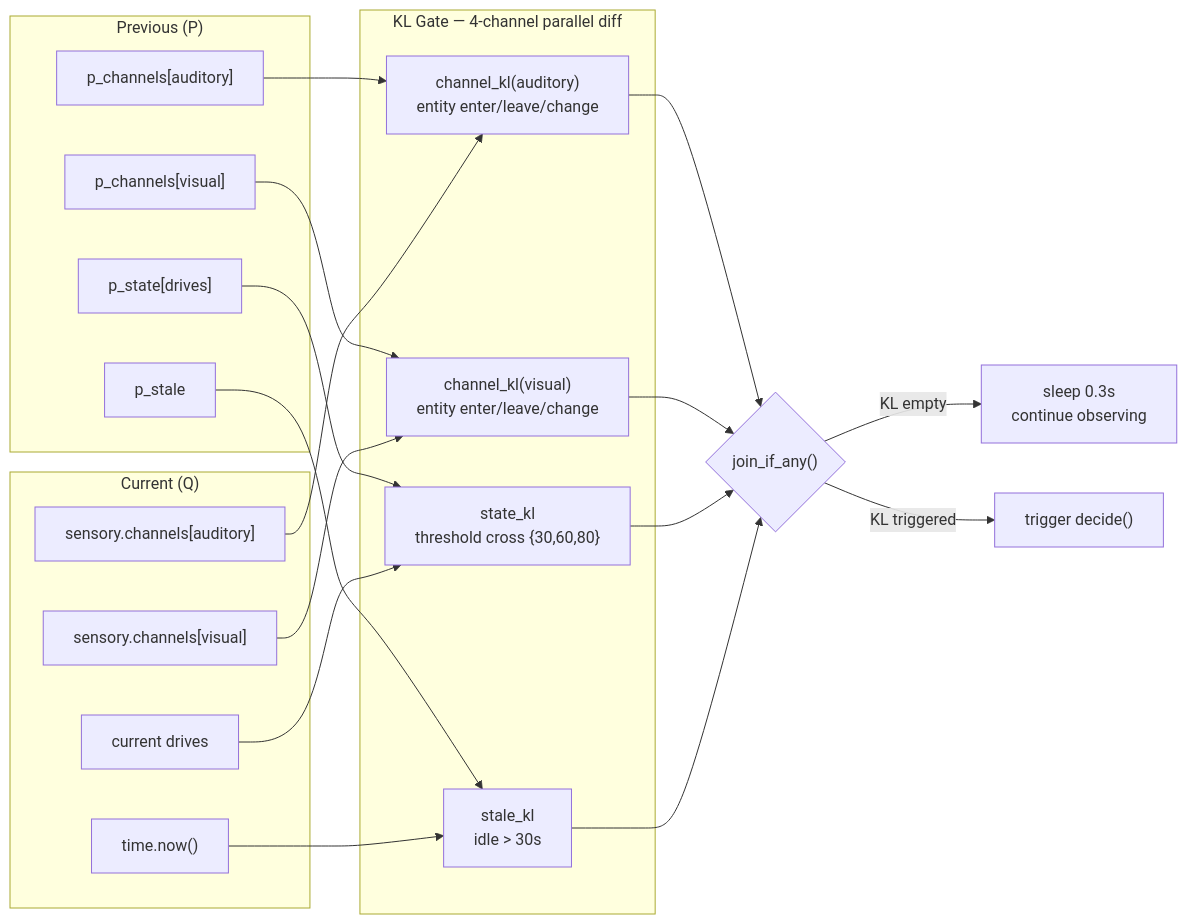
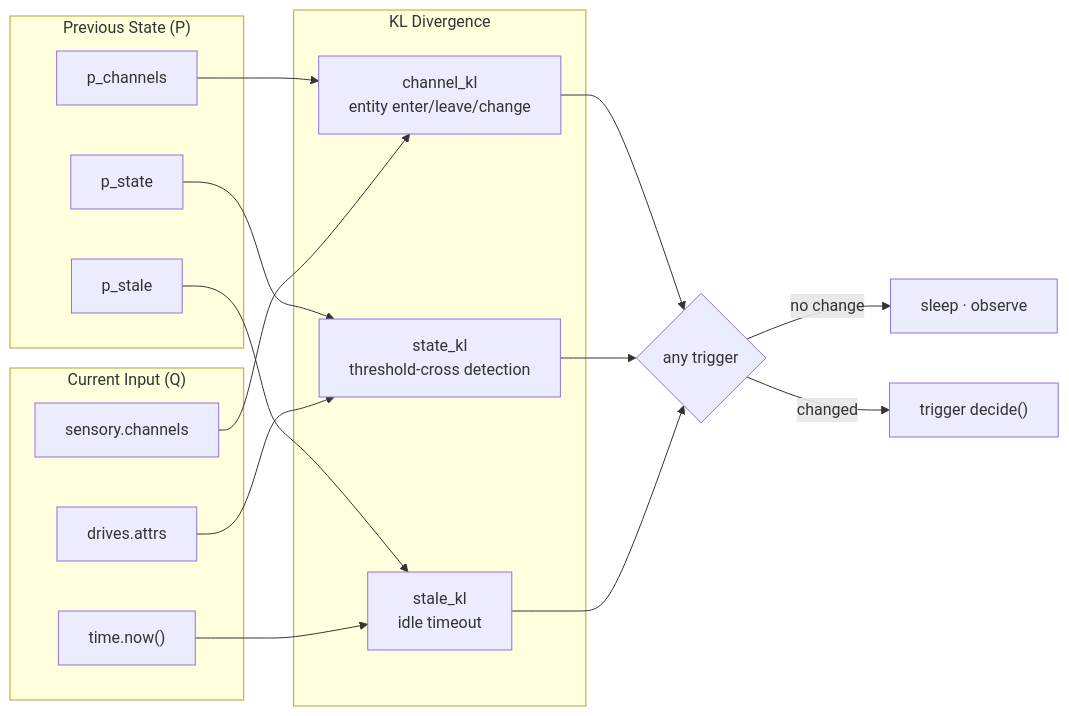
Before and after one commit to flaverse/AgentWorld_Async_UI: the third of 6 diagrams in README.md, drawn with Mermaid. The commit also changed other lines of this file and 25 other files, not shown here.

````diff
--- a/README.md
+++ b/README.md
@@ -136,40 +113,34 @@
 ```mermaid
 flowchart LR
-    subgraph P["Previous (P)"]
-        p_aud["p_channels[auditory]"]
-        p_vis["p_channels[visual]"]
-        p_state["p_state[drives]"]
-        p_time["p_stale"]
+    subgraph P["Previous State (P)"]
+        p1["p_channels"]
+        p2["p_state"]
+        p3["p_stale"]
     end
 
-    subgraph Q["Current (Q)"]
-        q_aud["sensory.channels[auditory]"]
-        q_vis["sensory.channels[visual]"]
-        q_state["current drives"]
-        q_time["time.now()"]
+    subgraph Q["Current Input (Q)"]
+        q1["sensory.channels"]
+        q2["drives.attrs"]
+        q3["time.now()"]
     end
 
-    subgraph Gate["KL Gate — 4-channel parallel diff"]
-        k_aud["channel_kl(auditory)<br/>entity enter/leave/change"]
-        k_vis["channel_kl(visual)<br/>entity enter/leave/change"]
-        k_sta["state_kl<br/>threshold cross {30,60,80}"]
-        k_tim["stale_kl<br/>idle > 30s"]
+    subgraph Diff["KL Divergence"]
+        d1["channel_kl<br/>entity enter/leave/change"]
+        d2["state_kl<br/>threshold-cross detection"]
+        d3["stale_kl<br/>idle timeout"]
     end
 
-    p_aud --> k_aud
-    q_aud --> k_aud
-    p_vis --> k_vis
-    q_vis --> k_vis
-    p_state --> k_sta
-    q_state --> k_sta
-    p_time --> k_tim
-    q_time --> k_tim
+    p1 --> d1
+    q1 --> d1
+    p2 --> d2
+    q2 --> d2
+    p3 --> d3
+    q3 --> d3
 
-    k_aud --> join{"join_if_any()"}
-    k_vis --> join
-    k_sta --> join
-    k_tim --> join
+    d1 --> gate{"any trigger"}
+    d2 --> gate
+    d3 --> gate
 
-    join -->|KL empty| sleep["sleep 0.3s<br/>continue observing"]
-    join -->|KL triggered| trigger["trigger decide()"]
+    gate -->|"no change"| idle["sleep · observe"]
+    gate -->|"changed"| act["trigger decide()"]
 ```
````
